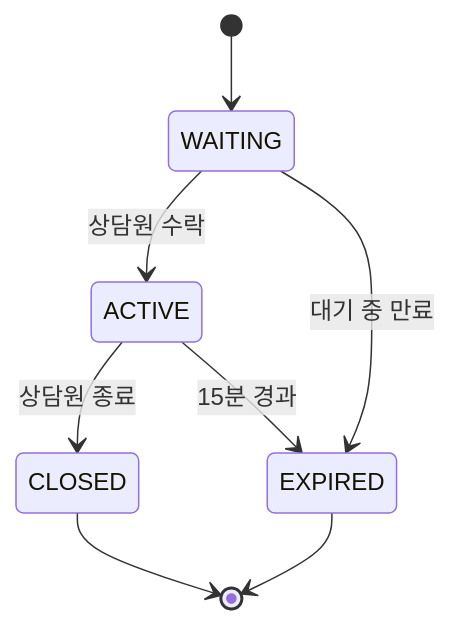
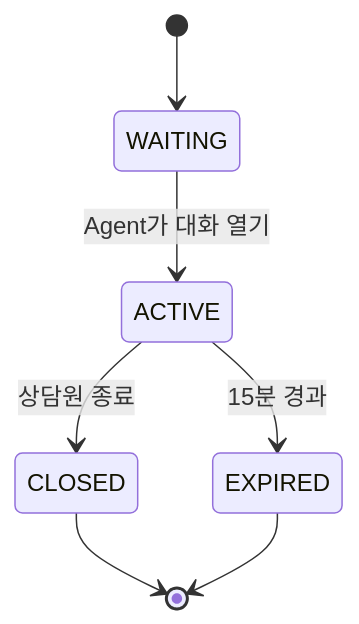
The second of 6 diagrams in docs/00_Base_Specification.md (miffy9999/RemotePlus_Chat), drawn with Mermaid before and after one commit. The commit also changed other lines of this file and 43 other files, not shown here.

````diff
--- a/docs/00_Base_Specification.md
+++ b/docs/00_Base_Specification.md
@@ -366,10 +366,9 @@
 ```mermaid
 stateDiagram-v2
     [*] --> WAITING
-    WAITING --> ACTIVE: 상담원 수락
-    WAITING --> EXPIRED: 대기 중 만료
+    WAITING --> ACTIVE: Agent가 대화 열기
     ACTIVE --> CLOSED: 상담원 종료
     ACTIVE --> EXPIRED: 15분 경과
     CLOSED --> [*]
     EXPIRED --> [*]
 ```
````
